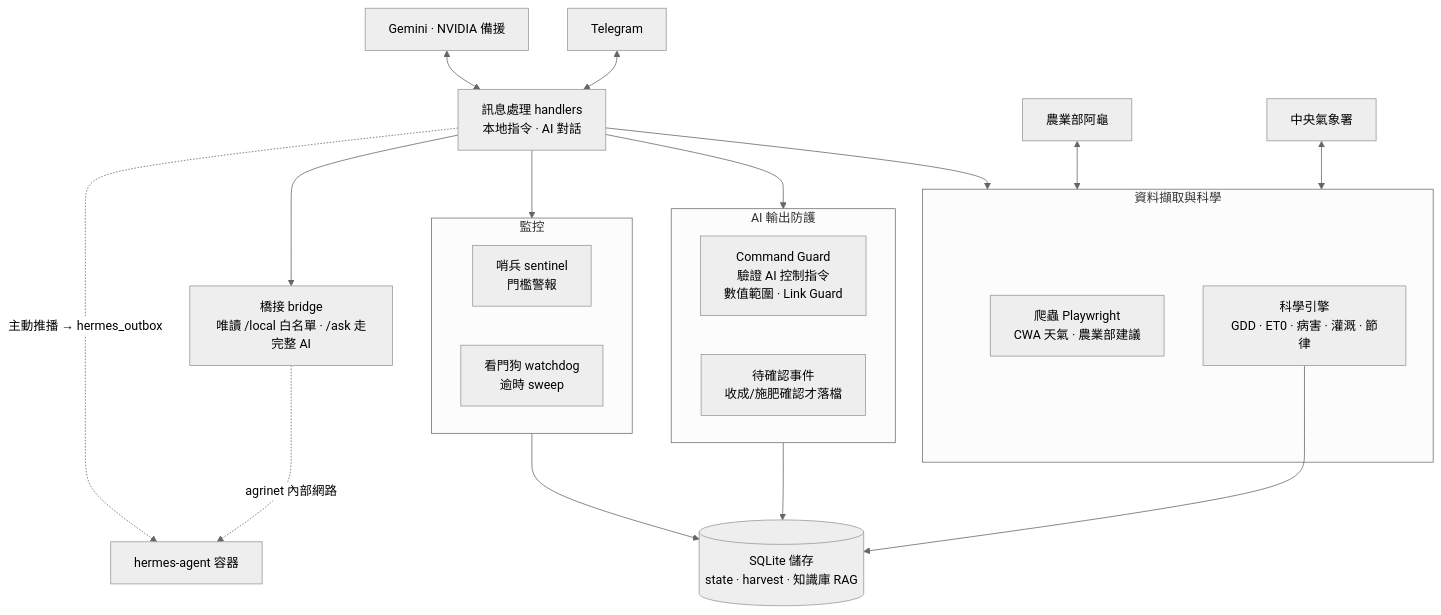
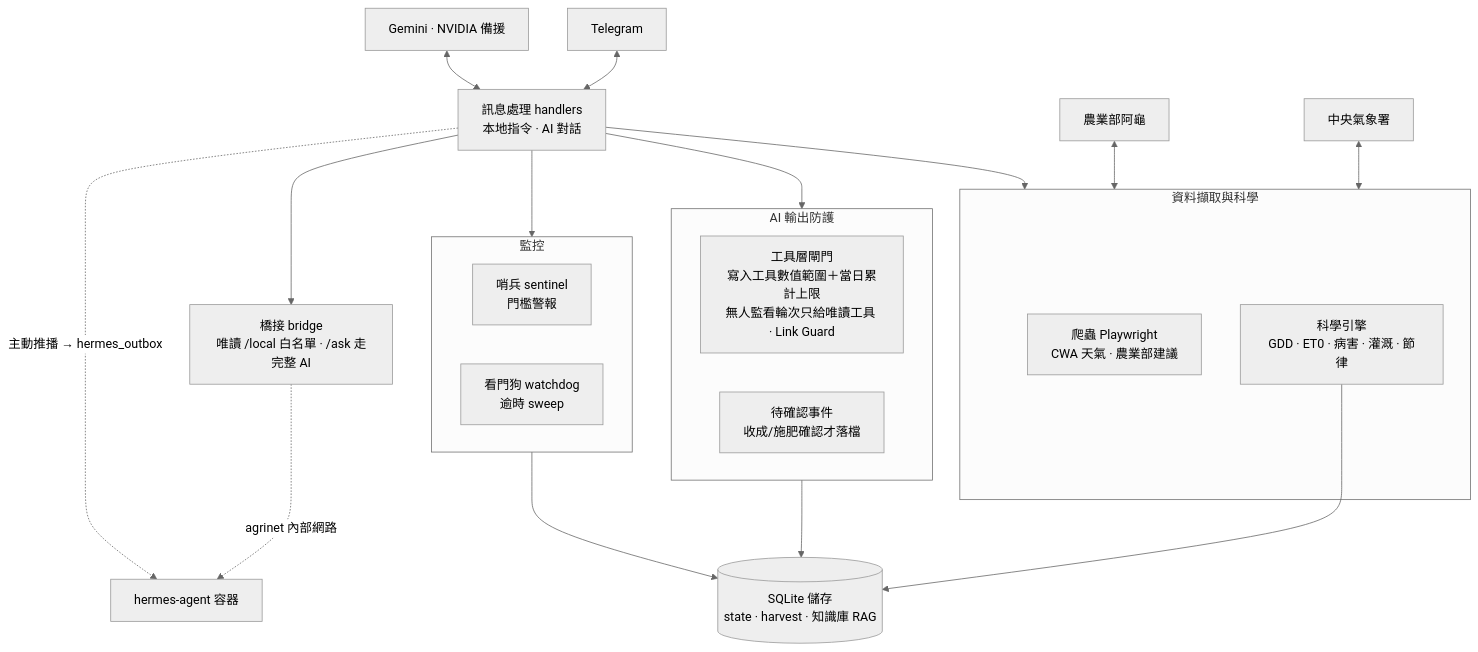
The diagram in ARCHITECTURE.md (hermesgitgit/agribot), drawn with Mermaid (neutral theme) before and after one commit. The commit also changed other lines of this file and 11 other files, not shown here.

````diff
--- a/ARCHITECTURE.md
+++ b/ARCHITECTURE.md
@@ -6,40 +6,40 @@
 ```mermaid
 flowchart TD
     TG[Telegram] <--> H
     AI[Gemini · NVIDIA 備援] <--> H
     CWA[中央氣象署] <--> SCR
     MOA[農業部阿龜] <--> SCR
 
     H["訊息處理 handlers<br/>本地指令 · AI 對話"]
 
     subgraph SCR[資料擷取與科學]
         SCRAPE[爬蟲 Playwright<br/>CWA 天氣 · 農業部建議]
         SCI[科學引擎<br/>GDD · ET0 · 病害 · 灌溉 · 節律]
     end
 
     H --> SCR
 
     subgraph GUARD[AI 輸出防護]
-        CG[Command Guard<br/>驗證 AI 控制指令<br/>數值範圍 · Link Guard]
+        CG[工具層閘門<br/>寫入工具數值範圍＋當日累計上限<br/>無人監看輪次只給唯讀工具 · Link Guard]
         PEND[待確認事件<br/>收成/施肥確認才落檔]
     end
 
     H --> GUARD
 
     subgraph MON[監控]
         SENT[哨兵 sentinel<br/>門檻警報]
         WD[看門狗 watchdog<br/>逾時 sweep]
     end
 
     H --> MON
 
     DB[(SQLite 儲存<br/>state · harvest · 知識庫 RAG)]
     GUARD --> DB
     MON --> DB
     SCI --> DB
 
     BR["橋接 bridge<br/>唯讀 /local 白名單 · /ask 走完整 AI"]
     H --> BR
     BR -. "agrinet 內部網路" .-> HERMES[hermes-agent 容器]
     H -. "主動推播 → hermes_outbox" .-> HERMES
 ```
````
